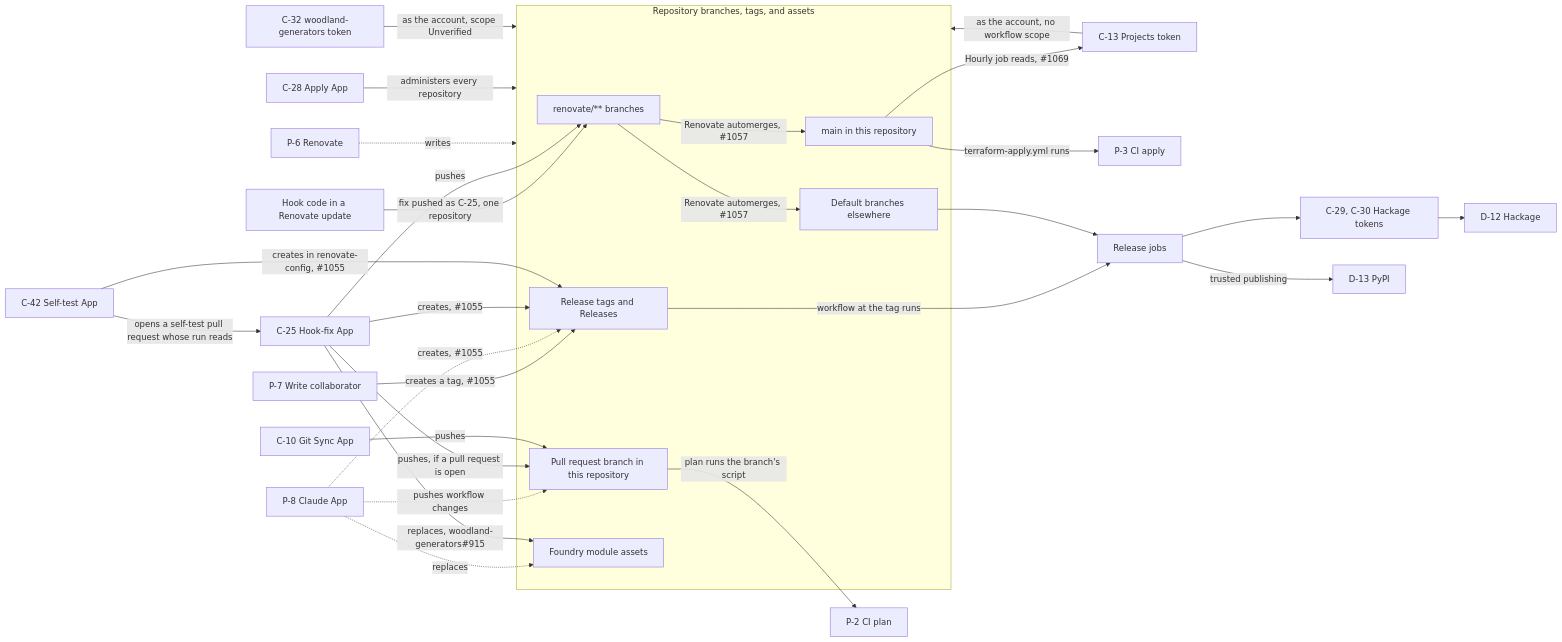
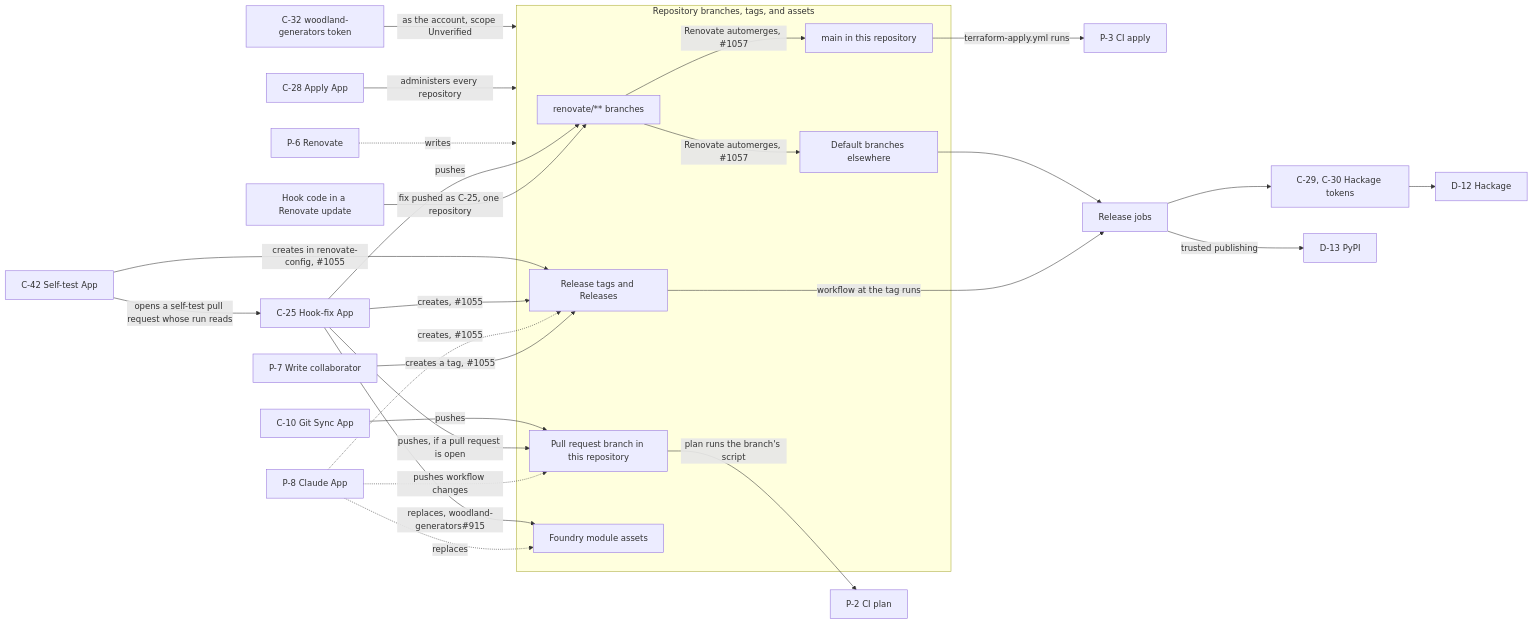
Before and after one commit to alunduil/alunduil-infrastructure: the first of 2 diagrams in docs/explanation/credential-reachability.md, drawn with Mermaid. The commit also changed other lines of this file and 5 other files, not shown here.

First line of the commit message:
Narrow the Projects sync token to project scopes

````diff
--- a/docs/explanation/credential-reachability.md
+++ b/docs/explanation/credential-reachability.md
@@ -72,60 +75,57 @@
 ```mermaid
 flowchart LR
   hook["Hook code in a Renovate update"]
   p7["P-7 Write collaborator"]
   p6["P-6 Renovate"]
   p8["P-8 Claude App"]
   c25["C-25 Hook-fix App"]
   c42["C-42 Self-test App"]
   c10["C-10 Git Sync App"]
   c28["C-28 Apply App"]
-  c13["C-13 Projects token"]
   c32["C-32 woodland-generators token"]
   tokens["C-29, C-30 Hackage tokens"]
   p2["P-2 CI plan"]
   p3["P-3 CI apply"]
   job["Release jobs"]
   d12["D-12 Hackage"]
   d13["D-13 PyPI"]
 
   subgraph refs["Repository branches, tags, and assets"]
     branch["renovate/** branches"]
     pr["Pull request branch in this repository"]
     infra["main in this repository"]
     other["Default branches elsewhere"]
     tag["Release tags and Releases"]
     assets["Foundry module assets"]
   end
 
   hook -->|"fix pushed as C-25, one repository"| branch
   p7 -->|"creates a tag, #1055"| tag
 
   p6 -.->|"writes"| refs
   c28 -->|"administers every repository"| refs
-  c13 -->|"as the account, no workflow scope"| refs
   c32 -->|"as the account, scope Unverified"| refs
 
   p8 -.->|"pushes workflow changes"| pr
   p8 -.->|"creates, #1055"| tag
   p8 -.->|"replaces"| assets
 
   c25 -->|"pushes"| branch
   c25 -->|"pushes, if a pull request is open"| pr
   c25 -->|"creates, #1055"| tag
   c25 -->|"replaces, woodland-generators#915"| assets
   c10 -->|"pushes"| pr
   c42 -->|"opens a self-test pull request whose run reads"| c25
   c42 -->|"creates in renovate-config, #1055"| tag
 
   branch -->|"Renovate automerges, #1057"| infra
   branch -->|"Renovate automerges, #1057"| other
   tag -->|"workflow at the tag runs"| job
   other --> job
 
   pr -->|"plan runs the branch's script"| p2
   infra -->|"terraform-apply.yml runs"| p3
-  infra -->|"Hourly job reads, #1069"| c13
   job --> tokens
   job -->|"trusted publishing"| d13
   tokens --> d12
 ```
````
